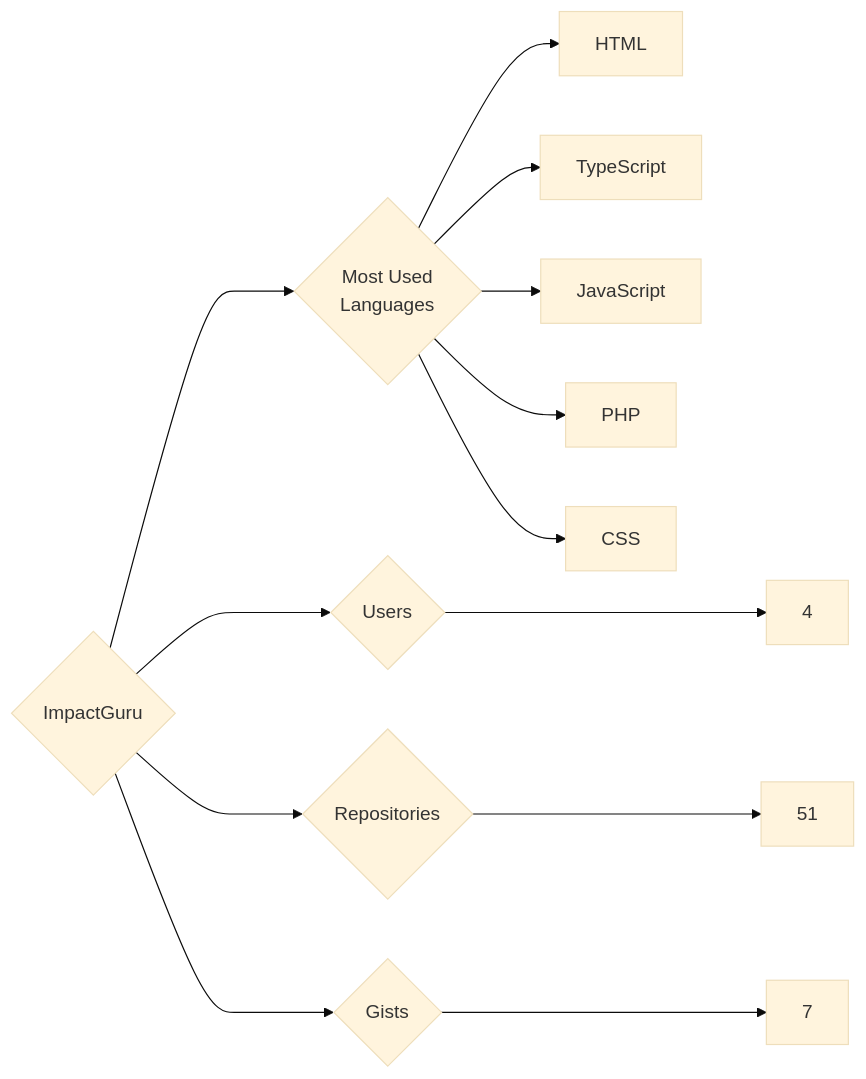
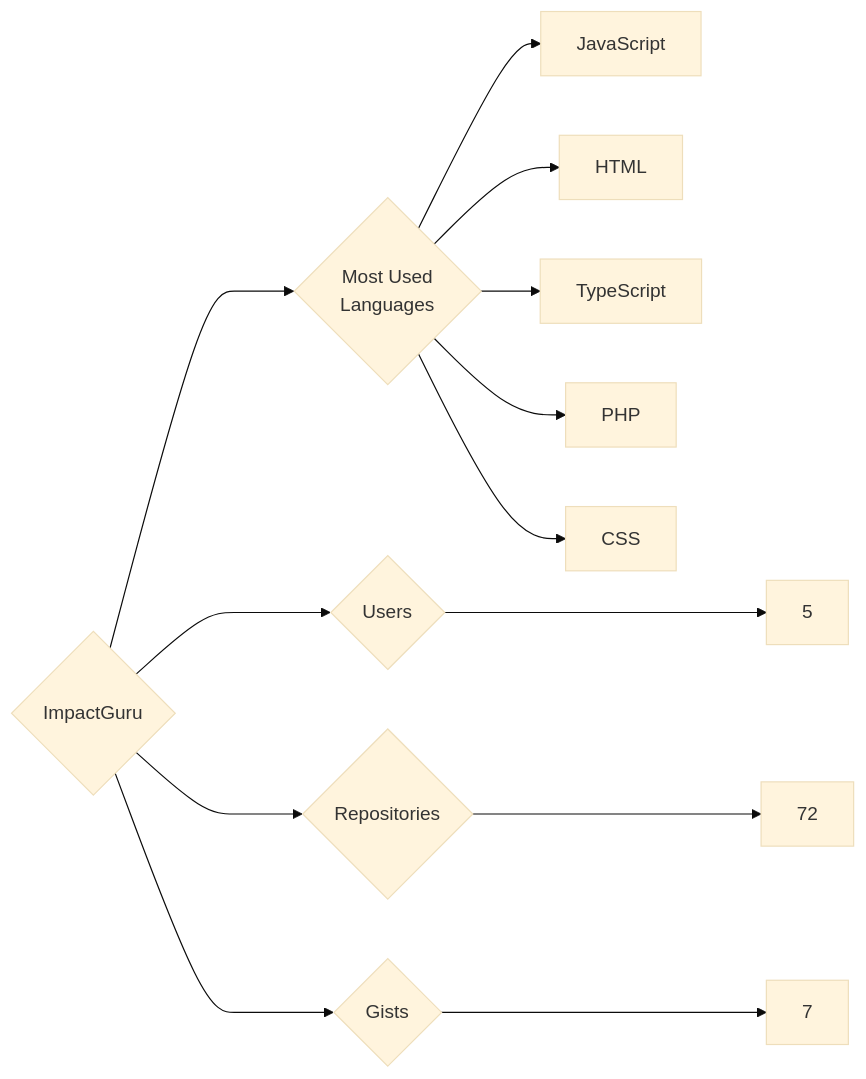
The diagram in targets/ImpactGuru/README.md (trickest/insiders), drawn with Mermaid (base theme) before and after one commit. The commit also changed 912 other files, not shown here.

````diff
--- a/targets/ImpactGuru/README.md
+++ b/targets/ImpactGuru/README.md
@@ -3,13 +3,13 @@
 ```mermaid
 graph LR
 COMPANY_NAME{ImpactGuru}
-COMPANY_NAME ---> U{Users} ---> UN[4]
-COMPANY_NAME ---> R{Repositories} ---> RN[51]
+COMPANY_NAME ---> U{Users} ---> UN[5]
+COMPANY_NAME ---> R{Repositories} ---> RN[72]
 COMPANY_NAME ---> G{Gists} ---> GN[7]
 COMPANY_NAME ---> ML{Most Used<br>Languages}
+ML --> JavaScript[JavaScript]
 ML --> HTML[HTML]
 ML --> TypeScript[TypeScript]
-ML --> JavaScript[JavaScript]
 ML --> PHP[PHP]
 ML --> CSS[CSS]
 ```
````
